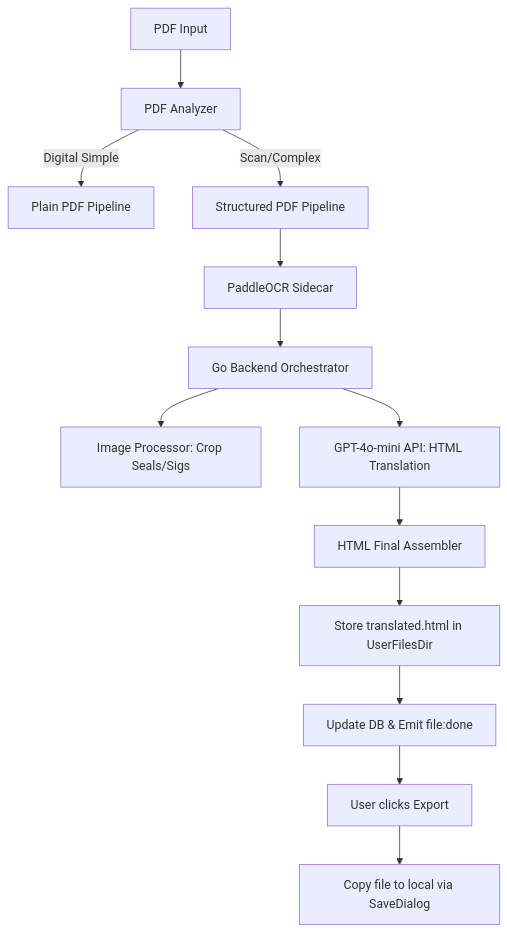
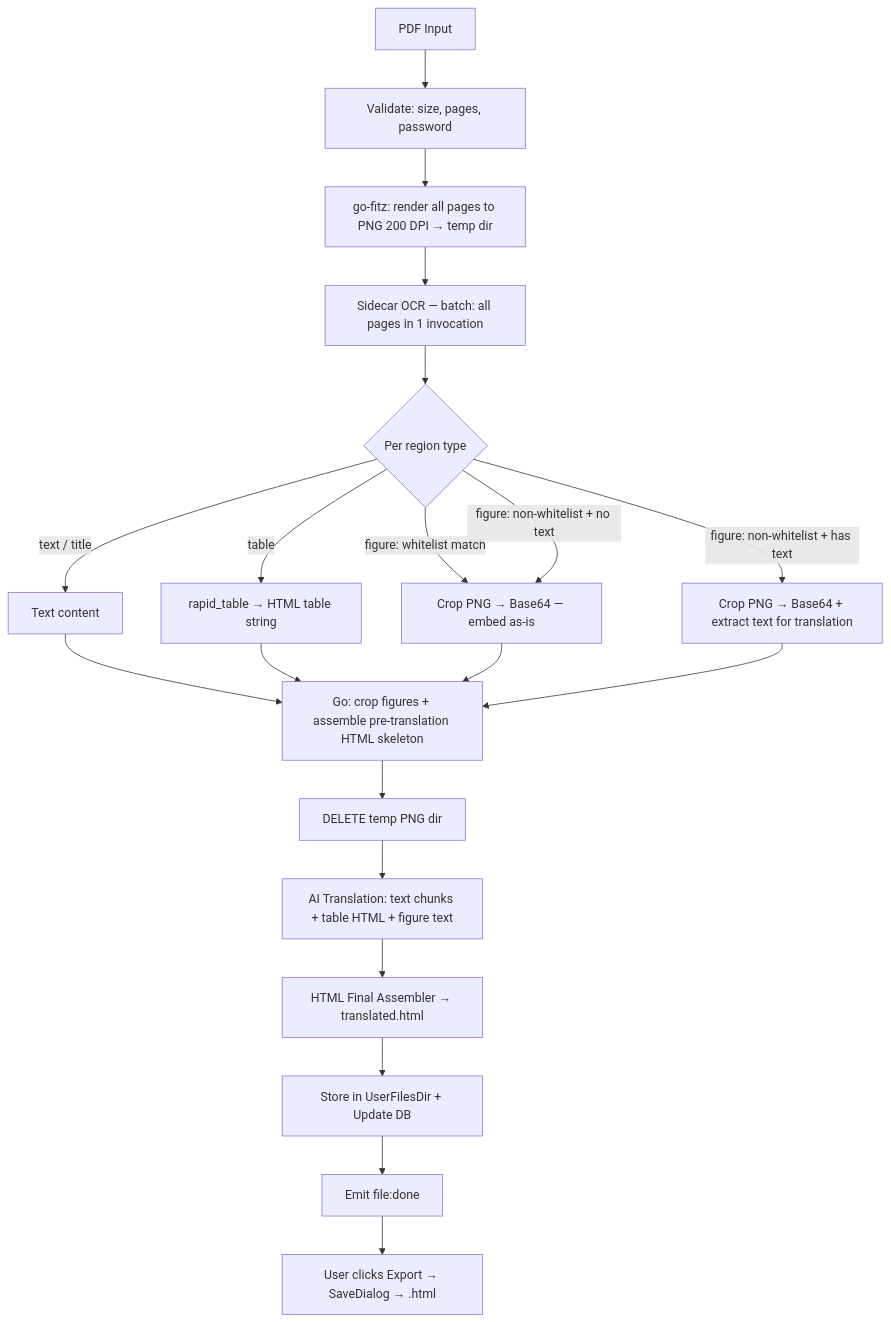
Before and after one commit to kytruongdev/translate-app: the diagram in src/translate-app/pdf-file-translation/ARCHITECTURE.md, drawn with Mermaid. The commit also changed other lines of this file and 28 other files, not shown here.

````diff
--- a/src/translate-app/pdf-file-translation/ARCHITECTURE.md
+++ b/src/translate-app/pdf-file-translation/ARCHITECTURE.md
@@ -6,15 +11,22 @@
 ```mermaid
 graph TD
-    A[PDF Input] --> B[PDF Analyzer]
-    B -->|Digital Simple| C[Plain PDF Pipeline]
-    B -->|Scan/Complex| D[Structured PDF Pipeline]
-    D --> E[PaddleOCR Sidecar]
-    E --> F[Go Backend Orchestrator]
-    F --> G[Image Processor: Crop Seals/Sigs]
-    F --> H[GPT-4o-mini API: HTML Translation]
-    H --> I[HTML Final Assembler]
-    I --> J[Store translated.html in UserFilesDir]
-    J --> K[Update DB & Emit file:done]
-    K --> L[User clicks Export]
-    L --> M[Copy file to local via SaveDialog]
+    A[PDF Input] --> B[Validate: size, pages, password]
+    B --> C[go-fitz: render all pages to PNG 200 DPI → temp dir]
+    C --> D[Sidecar OCR — batch: all pages in 1 invocation]
+    D --> E{Per region type}
+    E -->|text / title| F[Text content]
+    E -->|table| G[rapid_table → HTML table string]
+    E -->|figure: whitelist match| H[Crop PNG → Base64 — embed as-is]
+    E -->|figure: non-whitelist + has text| I[Crop PNG → Base64 + extract text for translation]
+    E -->|figure: non-whitelist + no text| H
+    F --> J[Go: crop figures + assemble pre-translation HTML skeleton]
+    G --> J
+    H --> J
+    I --> J
+    J --> K[DELETE temp PNG dir]
+    K --> L[AI Translation: text chunks + table HTML + figure text]
+    L --> M[HTML Final Assembler → translated.html]
+    M --> N[Store in UserFilesDir + Update DB]
+    N --> O[Emit file:done]
+    O --> P[User clicks Export → SaveDialog → .html]
 ```
````
